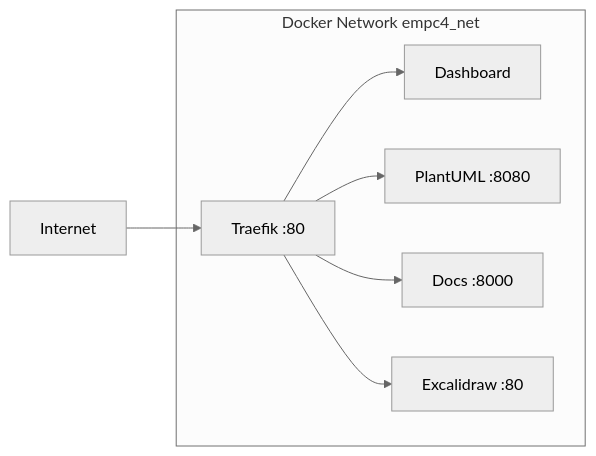
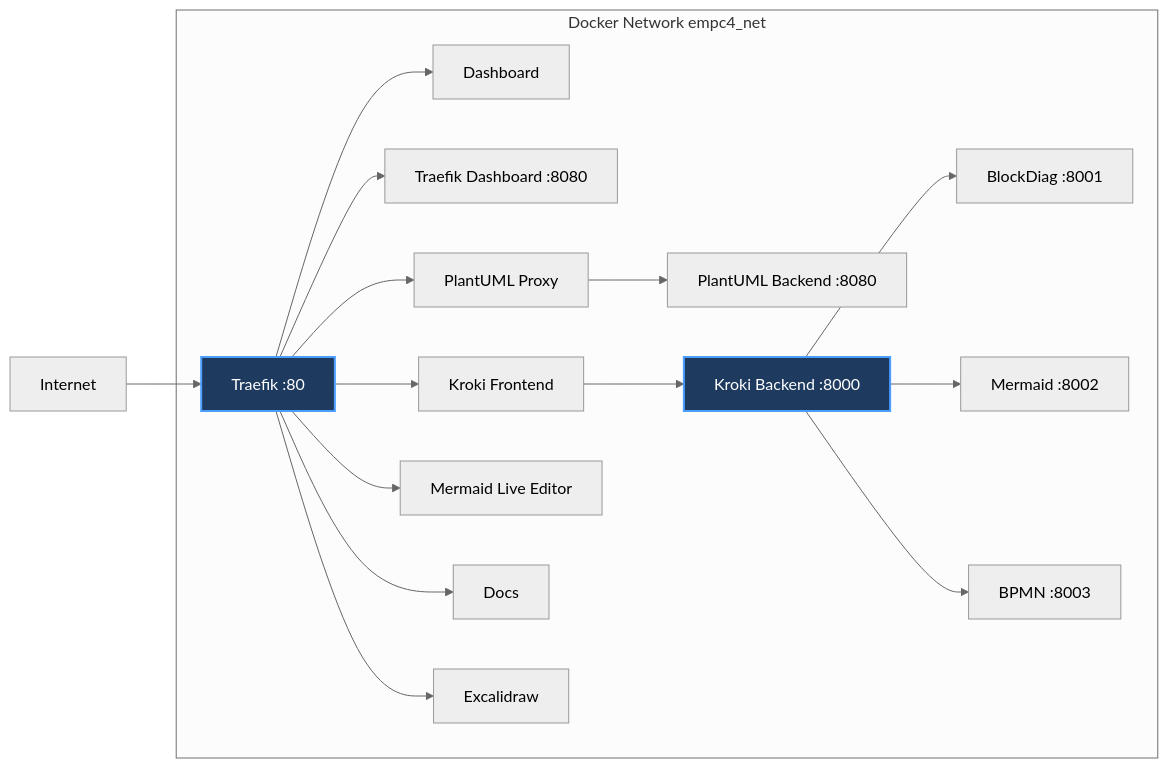
Before and after one commit to JoZapf/EKMP-C4-arch-containerized-visualization-environment: the second of 3 diagrams in repo/docs/architecture/overview.md, drawn with Mermaid (neutral theme). The commit also changed other lines of this file and 34 other files, not shown here.

````diff
--- a/repo/docs/architecture/overview.md
+++ b/repo/docs/architecture/overview.md
@@ -99,17 +109,37 @@
 ```mermaid
 graph LR
     Internet[Internet] --> Traefik[Traefik :80]
 
     subgraph Docker Network empc4_net
         Traefik
         Dashboard[Dashboard]
-        PlantUML[PlantUML :8080]
-        Docs[Docs :8000]
-        Excalidraw[Excalidraw :80]
+        TraefikDash[Traefik Dashboard :8080]
+        PlantUMLProxy[PlantUML Proxy]
+        PlantUML[PlantUML Backend :8080]
+        KrokiFE[Kroki Frontend]
+        KrokiBE[Kroki Backend :8000]
+        KrokiBlock[BlockDiag :8001]
+        KrokiMerm[Mermaid :8002]
+        KrokiBPMN[BPMN :8003]
+        MermaidLive[Mermaid Live Editor]
+        Docs[Docs]
+        Excalidraw[Excalidraw]
     end
 
     Traefik --> Dashboard
-    Traefik --> PlantUML
+    Traefik --> TraefikDash
+    Traefik --> PlantUMLProxy
+    Traefik --> KrokiFE
+    Traefik --> MermaidLive
     Traefik --> Docs
     Traefik --> Excalidraw
+    
+    PlantUMLProxy --> PlantUML
+    KrokiFE --> KrokiBE
+    KrokiBE --> KrokiBlock
+    KrokiBE --> KrokiMerm
+    KrokiBE --> KrokiBPMN
+
+    style Traefik fill:#1e3a5f,stroke:#4a9eff,stroke-width:2px,color:#fff
+    style KrokiBE fill:#1e3a5f,stroke:#4a9eff,stroke-width:2px,color:#fff
 ```
````
